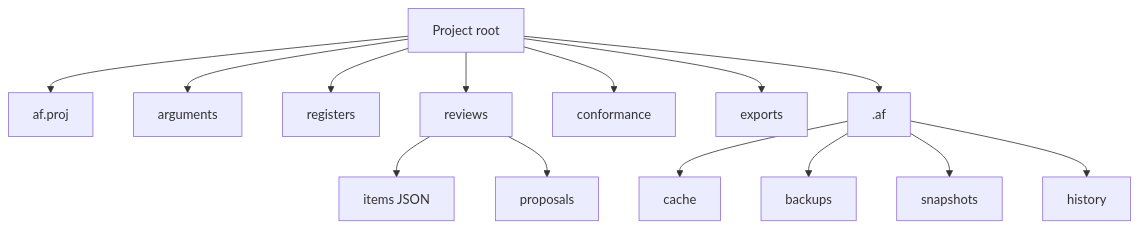
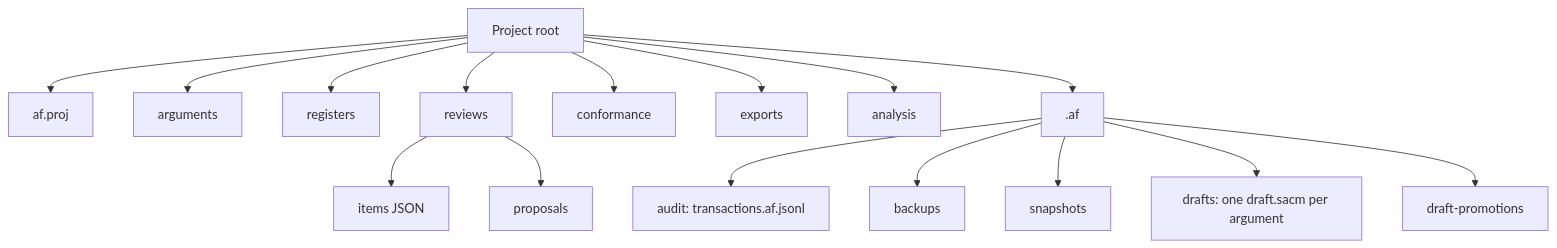
The first of 3 diagrams in docs/architecture/project-storage.md (lasrod/assurance-forge), drawn with Mermaid before and after one commit. The commit also changed other lines of this file and 24 other files, not shown here.

````diff
--- a/docs/architecture/project-storage.md
+++ b/docs/architecture/project-storage.md
@@ -5,17 +5,19 @@
 ```mermaid
 flowchart TD
     Root[Project root]
     Root --> Manifest[af.proj]
     Root --> Arguments[arguments]
     Root --> Registers[registers]
     Root --> Reviews[reviews]
     Reviews --> ReviewItems[items JSON]
     Reviews --> Proposals[proposals]
     Root --> Conformance[conformance]
     Root --> Exports[exports]
+    Root --> Analysis[analysis]
     Root --> Internal[.af]
-    Internal --> Cache[cache]
+    Internal --> Audit[audit: transactions.af.jsonl]
     Internal --> Backups[backups]
     Internal --> Snapshots[snapshots]
-    Internal --> History[history]
+    Internal --> Drafts[drafts: one draft.sacm per argument]
+    Internal --> Promotions[draft-promotions]
 ```
````
